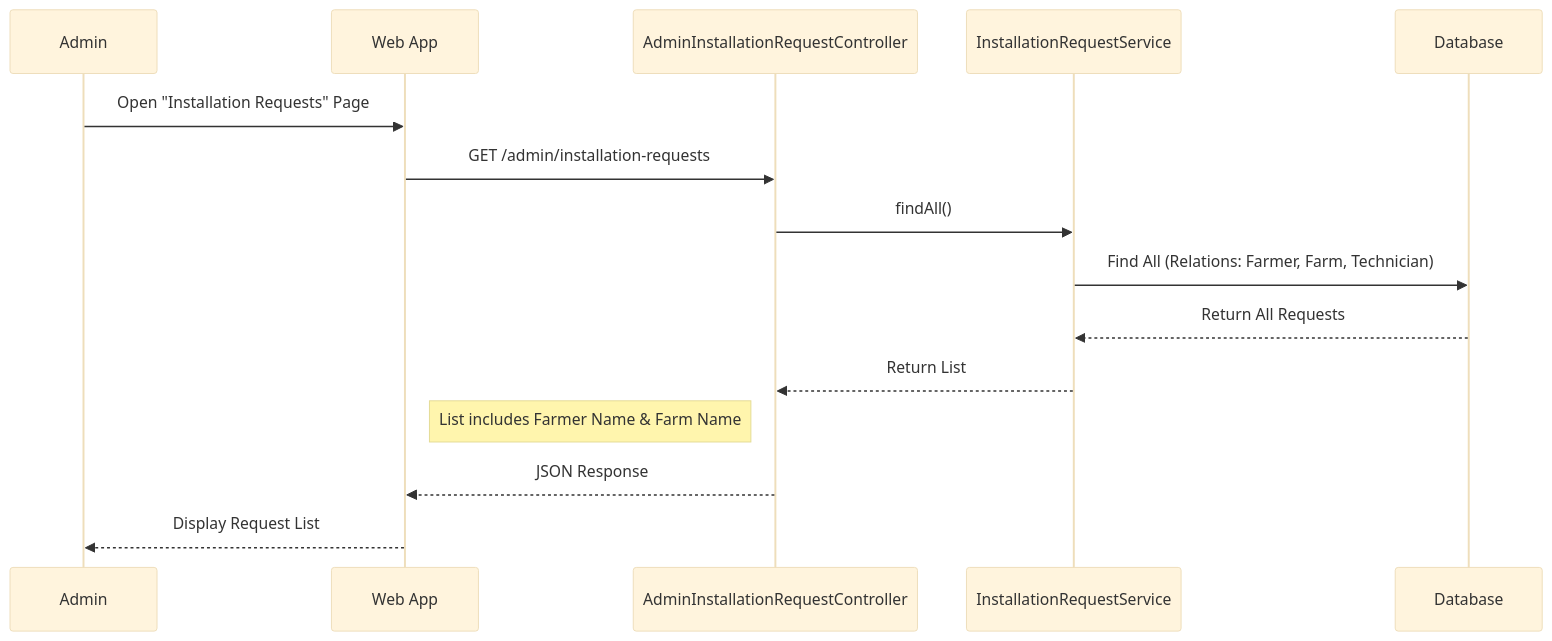
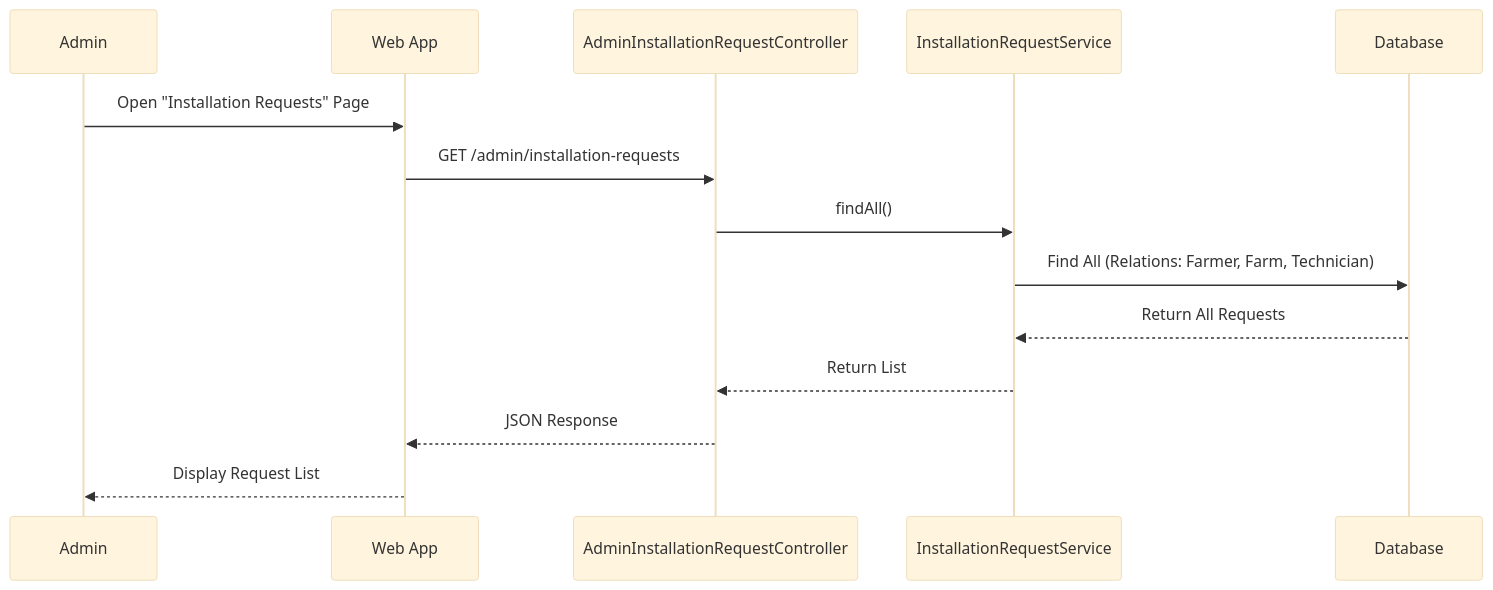
The first of 4 diagrams in DOC-TTCS/admin_installation_docs.md (duong4444/agribot-dev), drawn with Mermaid (base theme) before and after one commit. The commit also changed 10 other files, not shown here.

````diff
--- a/DOC-TTCS/admin_installation_docs.md
+++ b/DOC-TTCS/admin_installation_docs.md
@@ -48,20 +48,19 @@
 ```mermaid
 sequenceDiagram
     participant A as Admin
     participant FE as Web App
     participant CTL as AdminInstallationRequestController
     participant SVC as InstallationRequestService
     participant DB as Database
     A->>FE: Open "Installation Requests" Page
     FE->>CTL: GET /admin/installation-requests
     CTL->>SVC: findAll()
     
     SVC->>DB: Find All (Relations: Farmer, Farm, Technician)
     DB-->>SVC: Return All Requests
     
     SVC-->>CTL: Return List
     
-    note right of FE: List includes Farmer Name & Farm Name
     CTL-->>FE: JSON Response
     FE-->>A: Display Request List
 ```
````
